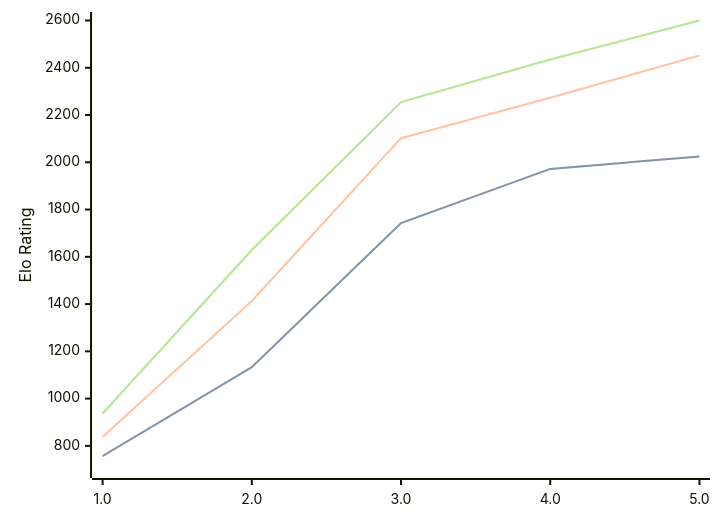
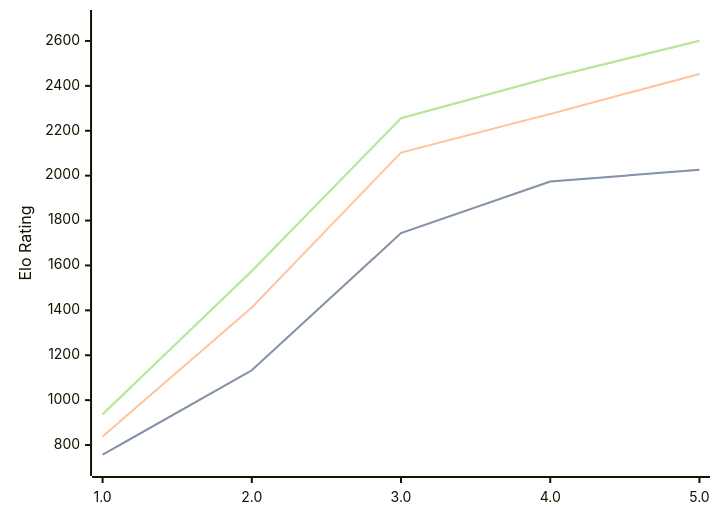
Before and after one commit to computer-chess-index/cci: the diagram in engines/Pea.md, drawn with Mermaid. The commit also changed other lines of this file, not shown here.

Commit message:
Update CCI Ratings (ELO VLTC) - 2026-04-18

````diff
--- a/engines/Pea.md
+++ b/engines/Pea.md
@@ -35,11 +35,11 @@
 ```mermaid
 %%{init: {"theme":"base","themeVariables":{"seriesColors:['#a3a3a3','#222221','#faa371']}}}%%
 xychart-beta
   x-axis ["1.0", "2.0", "3.0", "4.0", "5.0"]
-  y-axis "Elo Rating" 700 --> 2600
-  line "STC (8.0+0.08s)" [757, 1133, 1743, 1972, 2025]
-  line "STC (8.0+0.08s)" [757, 1133, 1743, 1972, 2025]
-  line "LTC (60.0+0.60s)" [838, 1413, 2102, 2273, 2452]
-  line "VLTC (2m24s+1.12s)" [937, 1629, 2255, 2435, 2600]
-  line "VLTC (2m24s+1.12s)" [937, 1629, 2255, 2435, 2600]
+  y-axis "Elo Rating" 700 --> 2700
+  line "STC (8.0+0.08s)" [757, 1133, 1744, 1974, 2026]
+  line "STC (8.0+0.08s)" [757, 1133, 1744, 1974, 2026]
+  line "LTC (60.0+0.60s)" [838, 1413, 2103, 2275, 2453]
+  line "VLTC (2m24s+1.12s)" [937, 1575, 2256, 2437, 2601]
+  line "VLTC (2m24s+1.12s)" [937, 1575, 2256, 2437, 2601]
 ```
````
